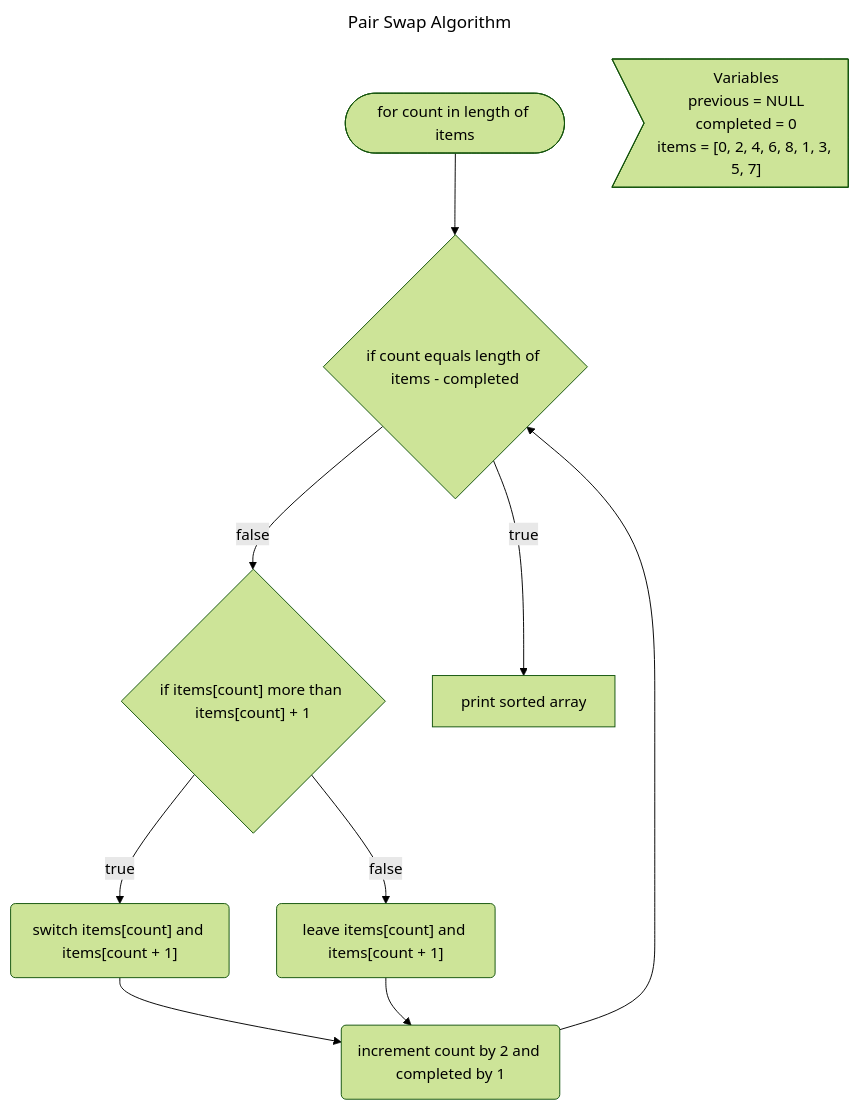
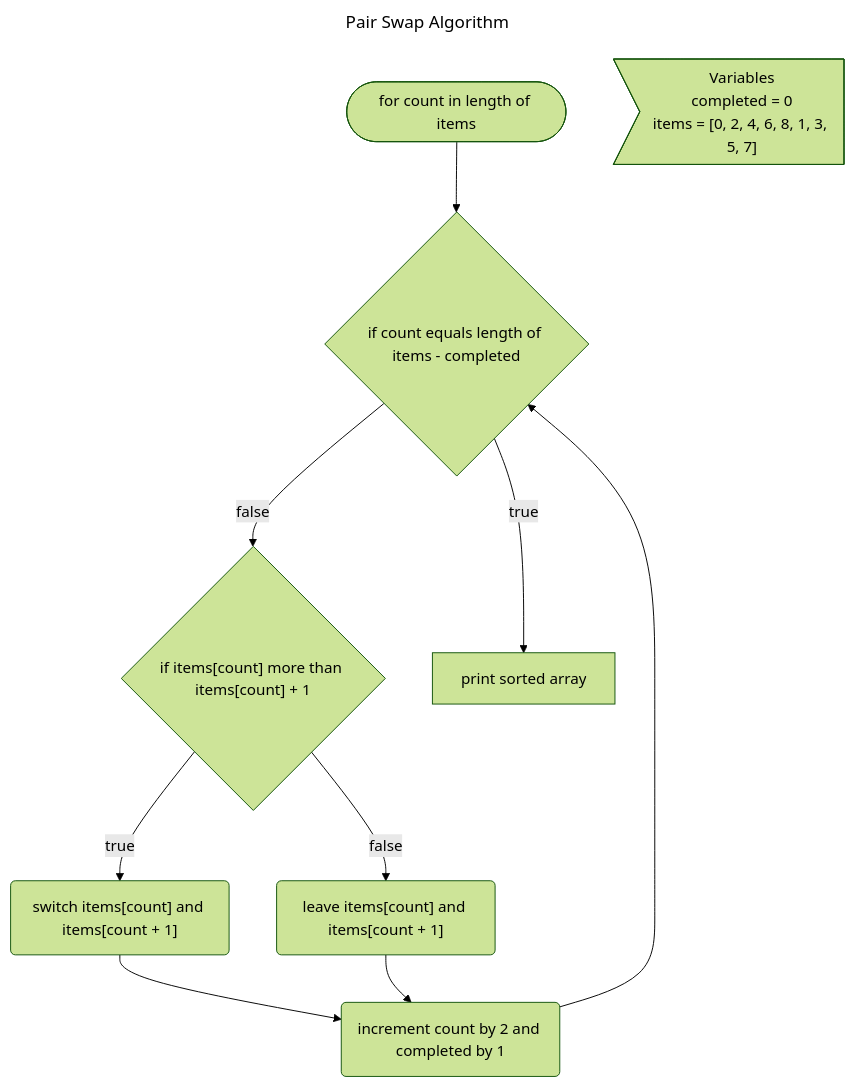
Before and after one commit to maclong9/harvard-compsci: the fifth of 5 diagrams in CS50/03-Algorithms/README.md, drawn with Mermaid (forest theme).

Commit message:
fix: removed previous from pair swap algo

````diff
--- a/CS50/03-Algorithms/README.md
+++ b/CS50/03-Algorithms/README.md
@@ -116,16 +116,16 @@
 ``` mermaid
 ---
 title: Pair Swap Algorithm
 ---
 
 flowchart TD
-    vars>"Variables\nprevious = NULL\ncompleted = 0\nitems = [0, 2, 4, 6, 8, 1, 3, 5, 7]"]
+    vars>"Variables\ncompleted = 0\nitems = [0, 2, 4, 6, 8, 1, 3, 5, 7]"]
     1(["for count in length of items"]) -->
     2{"if count equals length of items - completed"} 
     2 --> |true| 8["print sorted array"]
     2 --> |false| 3
     3{"if items[count] more than items[count] + 1"}
     3 --> |true| 5("switch items[count] and items[count + 1]")
     3 --> |false| 6("leave items[count] and items[count + 1]")
     5 & 6 --> 7("increment count by 2 and completed by 1") --> 2
 ``` 
````
